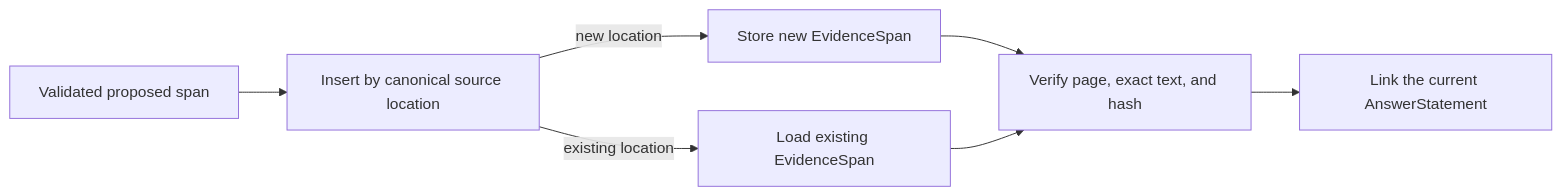
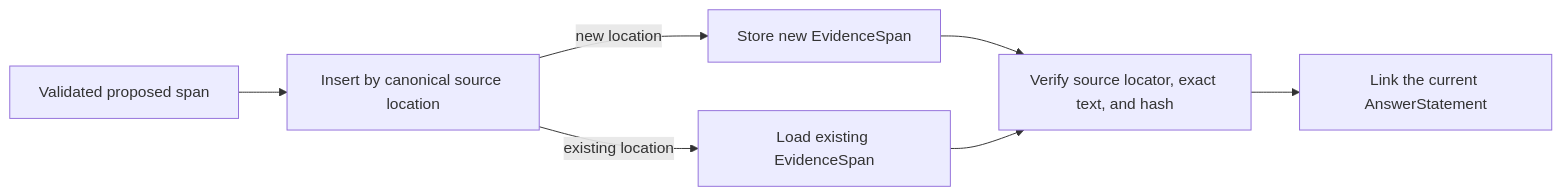
One commit to rnkraus/investment-research changed the third of 6 diagrams in backend/src/investment_research/modules/evidence/README.md. Above: the diagram before and after it, drawn with Mermaid. The commit also changed other lines of this file and 26 other files, not shown here.

````diff
--- a/backend/src/investment_research/modules/evidence/README.md
+++ b/backend/src/investment_research/modules/evidence/README.md
@@ -46,9 +60,9 @@
 ```mermaid
 flowchart LR
     PROPOSED[Validated proposed span] --> UPSERT[Insert by canonical source location]
     UPSERT -->|new location| CREATED[Store new EvidenceSpan]
     UPSERT -->|existing location| REUSE[Load existing EvidenceSpan]
-    CREATED --> VERIFY[Verify page, exact text, and hash]
+    CREATED --> VERIFY[Verify source locator, exact text, and hash]
     REUSE --> VERIFY
     VERIFY --> LINK[Link the current AnswerStatement]
 ```
````
